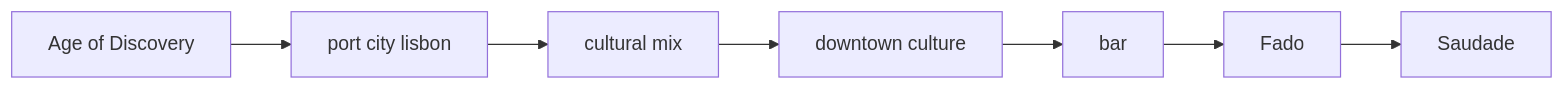
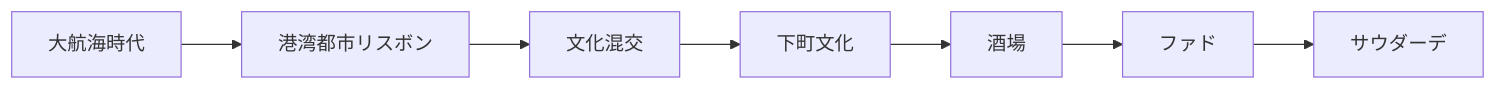
Before and after one commit to monumental-movement/monumental-movement.github.io: the second of 12 diagrams in en/_posts/2026-05-16-column-fado.md, drawn with Mermaid. The commit also changed other lines of this file and 2196 other files, not shown here.

```diff
--- a/en/_posts/2026-05-16-column-fado.md
+++ b/en/_posts/2026-05-16-column-fado.md
@@ -126,9 +125,9 @@
 <div class="mermaid">
 flowchart LR
-A[Age of Discovery] --> B[port city lisbon]
-B --> C[cultural mix]
-C --> D[downtown culture]
-D --> E[bar]
-E --> F[Fado]
-F --> G[Saudade]
+A[大航海時代] --> B[港湾都市リスボン]
+B --> C[文化混交]
+C --> D[下町文化]
+D --> E[酒場]
+E --> F[ファド]
+F --> G[サウダーデ]
 </div>
```
